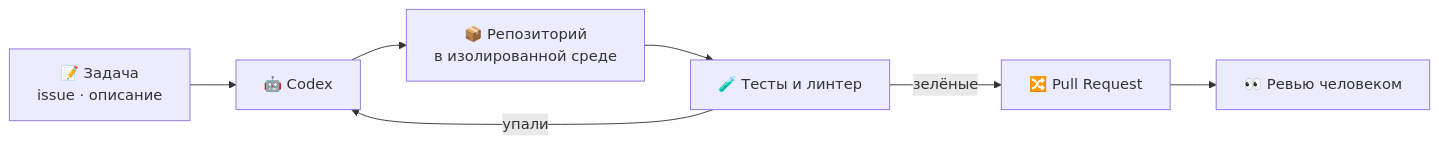
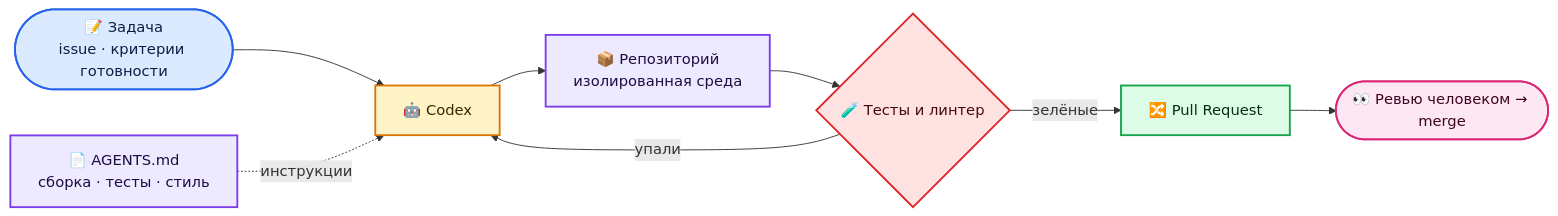
Before and after one commit to justxor/ChatGPT_ru: diagram 12 of 13 in README.md, drawn with Mermaid. The commit also changed other lines of this file, not shown here.

Commit message:
Схемы: цветовая разметка, группы и подписи; карта «Что полезного в репозитории»

````diff
--- a/README.md
+++ b/README.md
@@ -453,9 +590,16 @@
 ```mermaid
 flowchart LR
-    T["📝 Задача<br/>issue · описание"] --> C["🤖 Codex"]
-    C --> R["📦 Репозиторий<br/>в изолированной среде"]
-    R --> X["🧪 Тесты и линтер"]
+    T(["📝 Задача<br/>issue · критерии готовности"]):::user --> C["🤖 Codex"]:::model
+    A["📄 AGENTS.md<br/>сборка · тесты · стиль"]:::ctx -. "инструкции" .-> C
+    C --> R["📦 Репозиторий<br/>изолированная среда"]:::ctx
+    R --> X{"🧪 Тесты и линтер"}:::warn
     X -- "упали" --> C
-    X -- "зелёные" --> PR["🔀 Pull Request"]
-    PR --> H["👀 Ревью человеком"]
+    X -- "зелёные" --> PR["🔀 Pull Request"]:::tool
+    PR --> H(["👀 Ревью человеком → merge"]):::out
+    classDef user fill:#dbeafe,stroke:#2563eb,stroke-width:2px,color:#0b1f44
+    classDef ctx fill:#ede9fe,stroke:#7c3aed,stroke-width:2px,color:#1e0b44
+    classDef model fill:#fef3c7,stroke:#d97706,stroke-width:2px,color:#3b2300
+    classDef tool fill:#dcfce7,stroke:#16a34a,stroke-width:2px,color:#052e16
+    classDef out fill:#fce7f3,stroke:#db2777,stroke-width:2px,color:#3f0420
+    classDef warn fill:#fee2e2,stroke:#dc2626,stroke-width:2px,color:#450a0a
 ```
````
